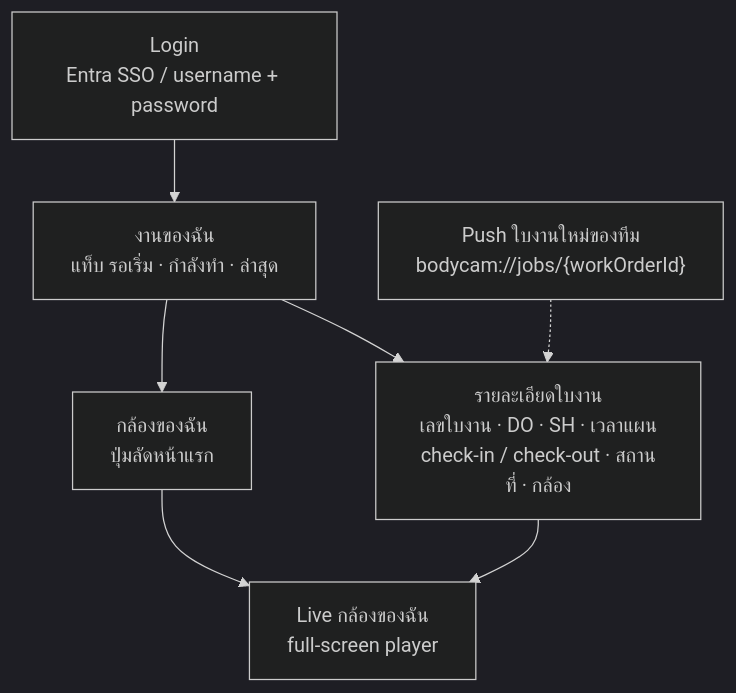
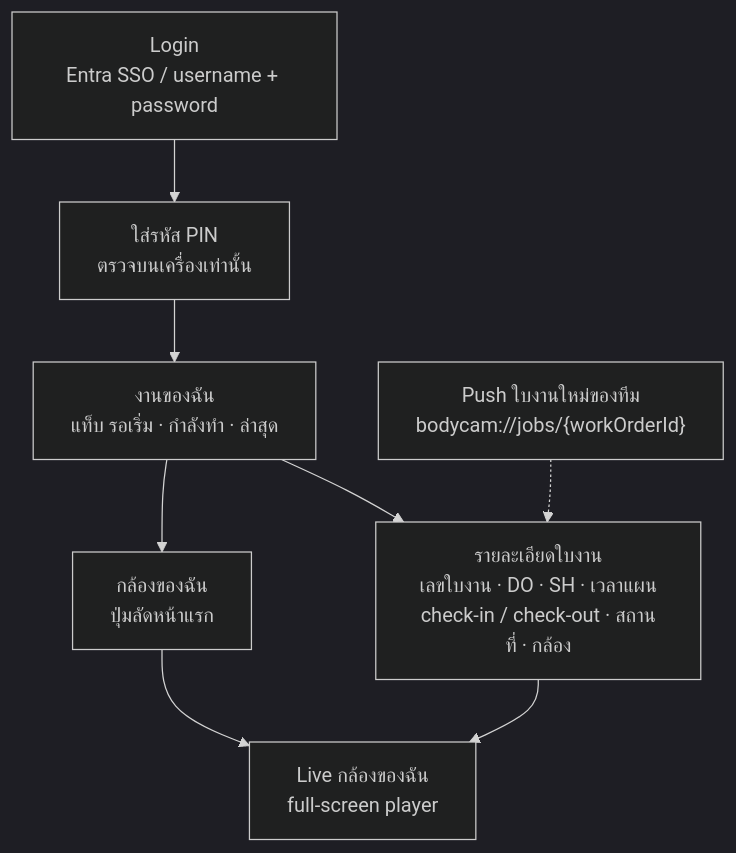
The second of 2 diagrams in docs/blueprint/06-frontend-architecture.md (b-werayut/psd-bodycam-v1.0), drawn with Mermaid (dark theme) before and after one commit. The commit also changed other lines of this file and 28 other files, not shown here.

````diff
--- a/docs/blueprint/06-frontend-architecture.md
+++ b/docs/blueprint/06-frontend-architecture.md
@@ -225,9 +227,10 @@
 ```mermaid
 flowchart TB
-  LOGIN["Login<br/>Entra SSO / username + password"] --> HOME["งานของฉัน<br/>แท็บ รอเริ่ม · กำลังทำ · ล่าสุด"]
+  LOGIN["Login<br/>Entra SSO / username + password"] --> PINLOCK["ใส่รหัส PIN<br/>ตรวจบนเครื่องเท่านั้น"]
+  PINLOCK --> HOME["งานของฉัน<br/>แท็บ รอเริ่ม · กำลังทำ · ล่าสุด"]
   HOME --> DETAIL["รายละเอียดใบงาน<br/>เลขใบงาน · DO · SH · เวลาแผน<br/>check-in / check-out · สถานที่ · กล้อง"]
   HOME --> MYCAM["กล้องของฉัน<br/>ปุ่มลัดหน้าแรก"]
   DETAIL --> LIVE["Live กล้องของฉัน<br/>full-screen player"]
   MYCAM --> LIVE
   PUSH["Push ใบงานใหม่ของทีม<br/>bodycam://jobs/{workOrderId}"] -.-> DETAIL
 ```
````
